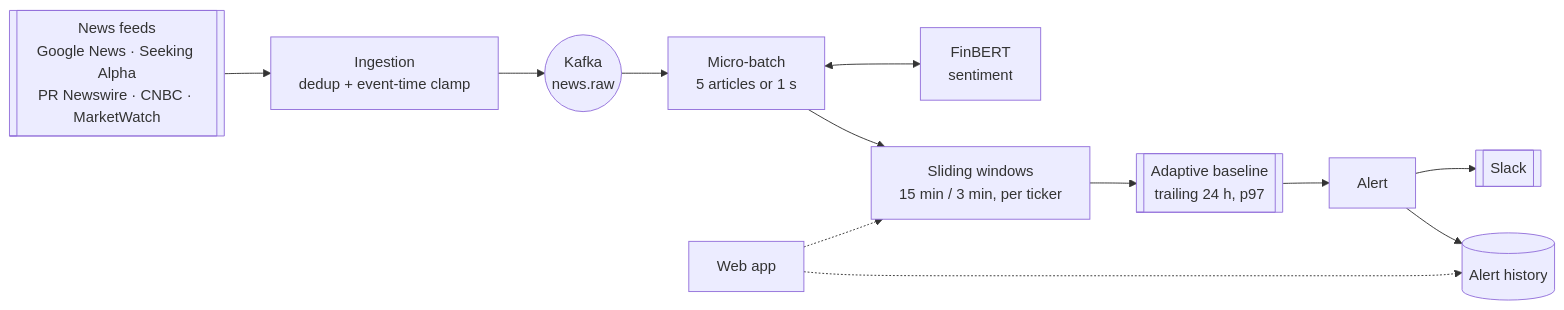
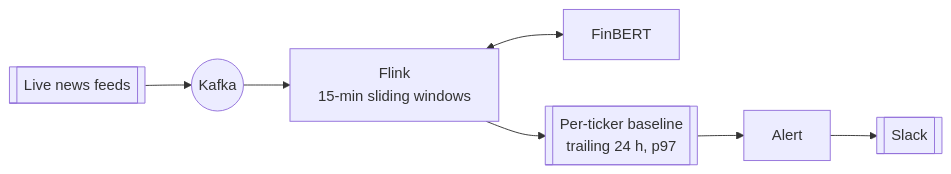
The diagram in README.md (rishimj/risk-radar), drawn with Mermaid before and after one commit. The commit also changed other lines of this file, not shown here.

````diff
--- a/README.md
+++ b/README.md
@@ -68,14 +36,8 @@
 ```mermaid
 flowchart LR
-  RSS[["News feeds<br/>Google News · Seeking Alpha<br/>PR Newswire · CNBC · MarketWatch"]] --> ING[Ingestion<br/>dedup + event-time clamp]
-  ING --> RAW(("Kafka<br/>news.raw"))
-  RAW --> MB["Micro-batch<br/>5 articles or 1 s"]
-  MB <--> FB["FinBERT<br/>sentiment"]
-  MB --> WIN["Sliding windows<br/>15 min / 3 min, per ticker"]
-  WIN --> BL[["Adaptive baseline<br/>trailing 24 h, p97"]]
-  BL --> AL["Alert"]
-  AL --> SL[["Slack"]]
-  AL --> DB[("Alert history")]
-  WEB["Web app"] -.-> WIN
-  WEB -.-> DB
+  RSS[["Live news feeds"]] --> K(("Kafka"))
+  K --> F["Flink<br/>15-min sliding windows"]
+  F <--> FB["FinBERT"]
+  F --> BL[["Per-ticker baseline<br/>trailing 24 h, p97"]]
+  BL --> AL["Alert"] --> SL[["Slack"]]
 ```
````
